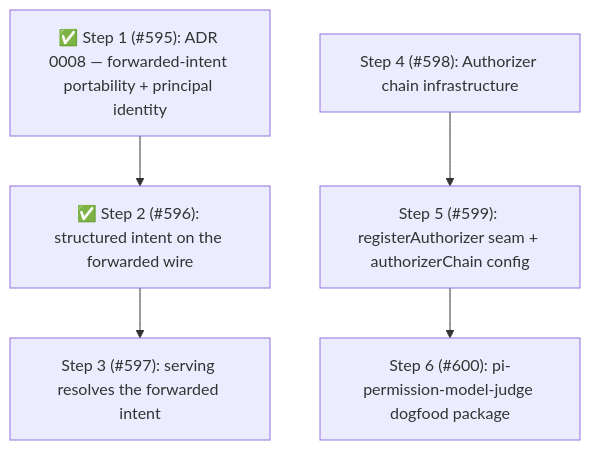
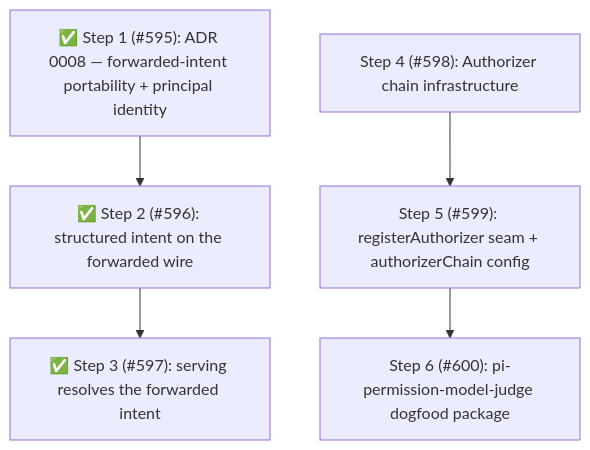
One commit to sycghj/pi-permission-system changed the fourth of 4 diagrams in docs/architecture/architecture.md. Above: the diagram before and after it, drawn with Mermaid. The commit also changed other lines of this file, not shown here.

Commit message:
docs(pi-permission-system): mark Phase 12 Step 3 complete (#597)

````diff
--- a/docs/architecture/architecture.md
+++ b/docs/architecture/architecture.md
@@ -915,7 +919,7 @@
 ```mermaid
 flowchart TD
     S1["✅ Step 1 (#595): ADR 0008 — forwarded-intent portability + principal identity"] --> S2["✅ Step 2 (#596): structured intent on the forwarded wire"]
-    S2 --> S3["Step 3 (#597): serving resolves the forwarded intent"]
+    S2 --> S3["✅ Step 3 (#597): serving resolves the forwarded intent"]
     S4["Step 4 (#598): Authorizer chain infrastructure"] --> S5["Step 5 (#599): registerAuthorizer seam + authorizerChain config"]
     S5 --> S6["Step 6 (#600): pi-permission-model-judge dogfood package"]
 ```
````
